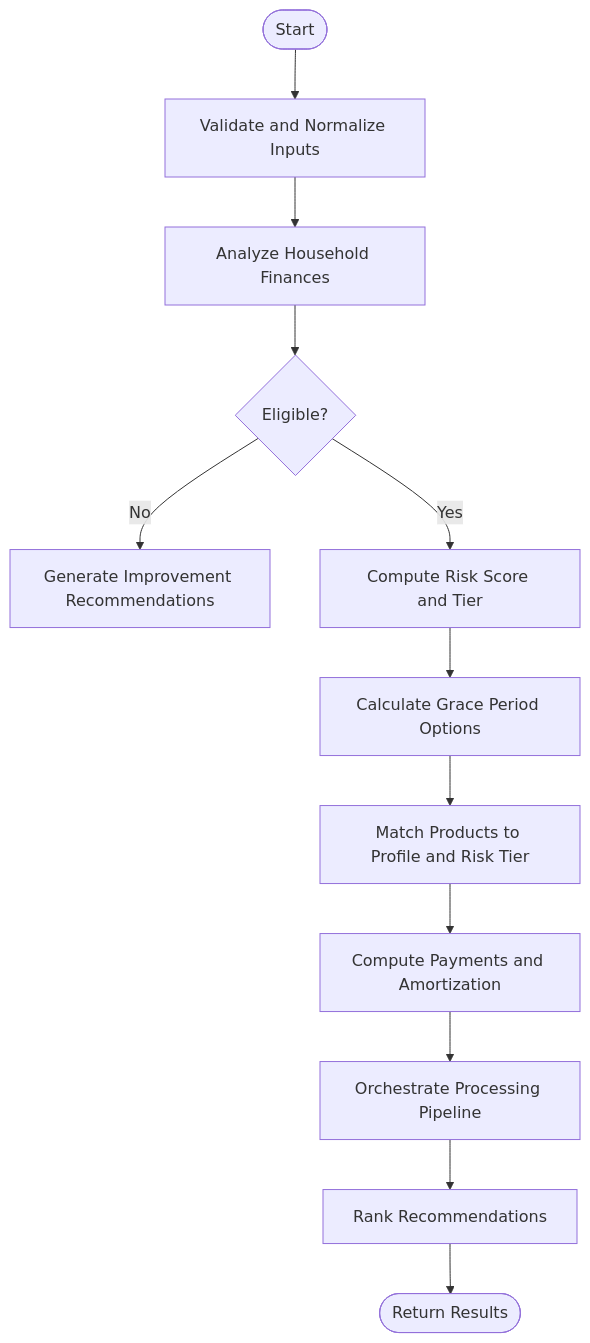
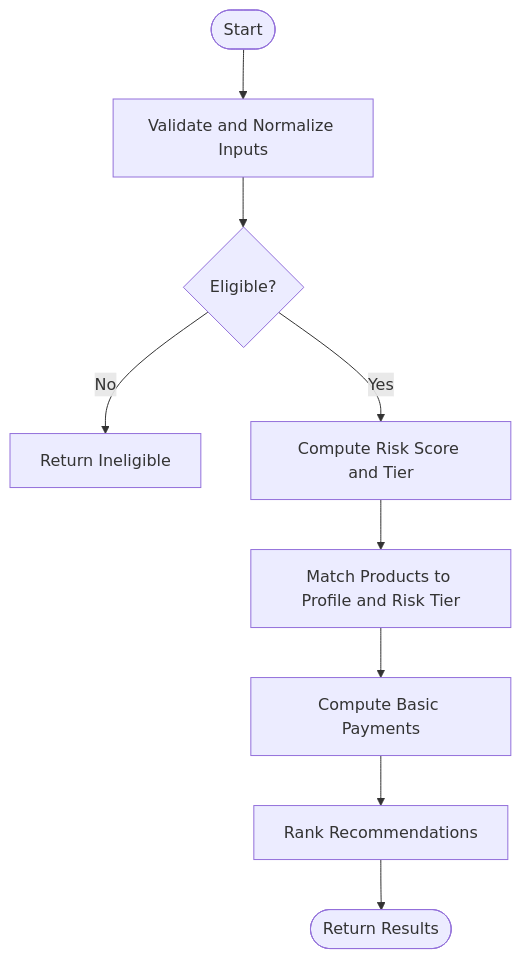
Before and after one commit to alibaba-hackathon-fsi/frontend-vaya: the third of 9 diagrams in .qoder/repowiki/en/content/Loan Engine/Loan Engine.md, drawn with Mermaid. The commit also changed other lines of this file and 36 other files, not shown here.

````diff
--- a/.qoder/repowiki/en/content/Loan Engine/Loan Engine.md
+++ b/.qoder/repowiki/en/content/Loan Engine/Loan Engine.md
@@ -202,14 +174,11 @@
 ```mermaid
 flowchart TD
 Start(["Start"]) --> Validate["Validate and Normalize Inputs"]
-Validate --> Household["Analyze Household Finances"]
-Household --> Eligible{"Eligible?"}
-Eligible --> |No| Recommend["Generate Improvement Recommendations"]
+Validate --> Eligible{"Eligible?"}
+Eligible --> |No| ReturnFail["Return Ineligible"]
 Eligible --> |Yes| Risk["Compute Risk Score and Tier"]
-Risk --> Grace["Calculate Grace Period Options"]
-Grace --> Match["Match Products to Profile and Risk Tier"]
-Match --> Calculate["Compute Payments and Amortization"]
-Calculate --> Pipeline["Orchestrate Processing Pipeline"]
-Pipeline --> Rank["Rank Recommendations"]
+Risk --> Match["Match Products to Profile and Risk Tier"]
+Match --> Calculate["Compute Basic Payments"]
+Calculate --> Rank["Rank Recommendations"]
 Rank --> Return(["Return Results"])
 ```
````
